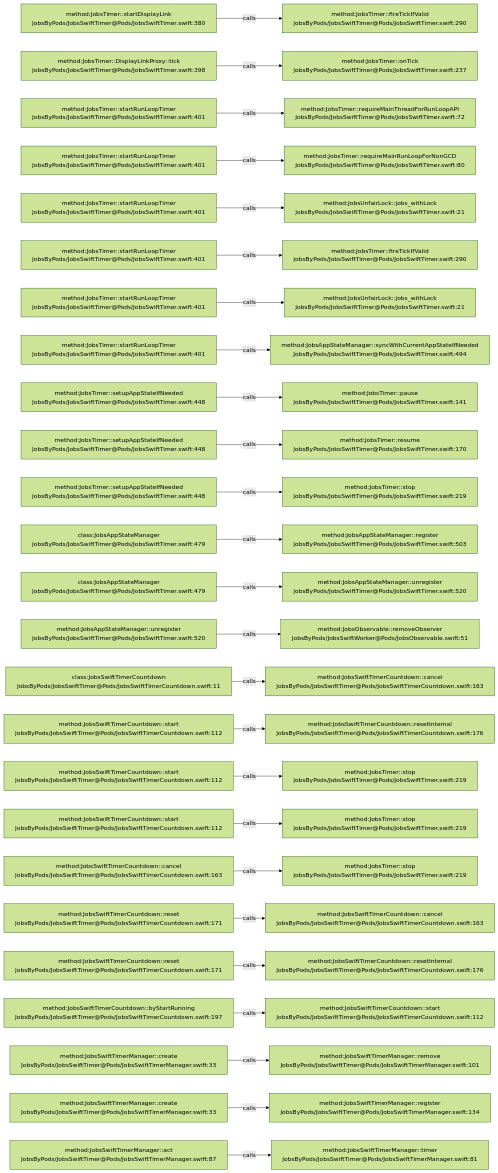
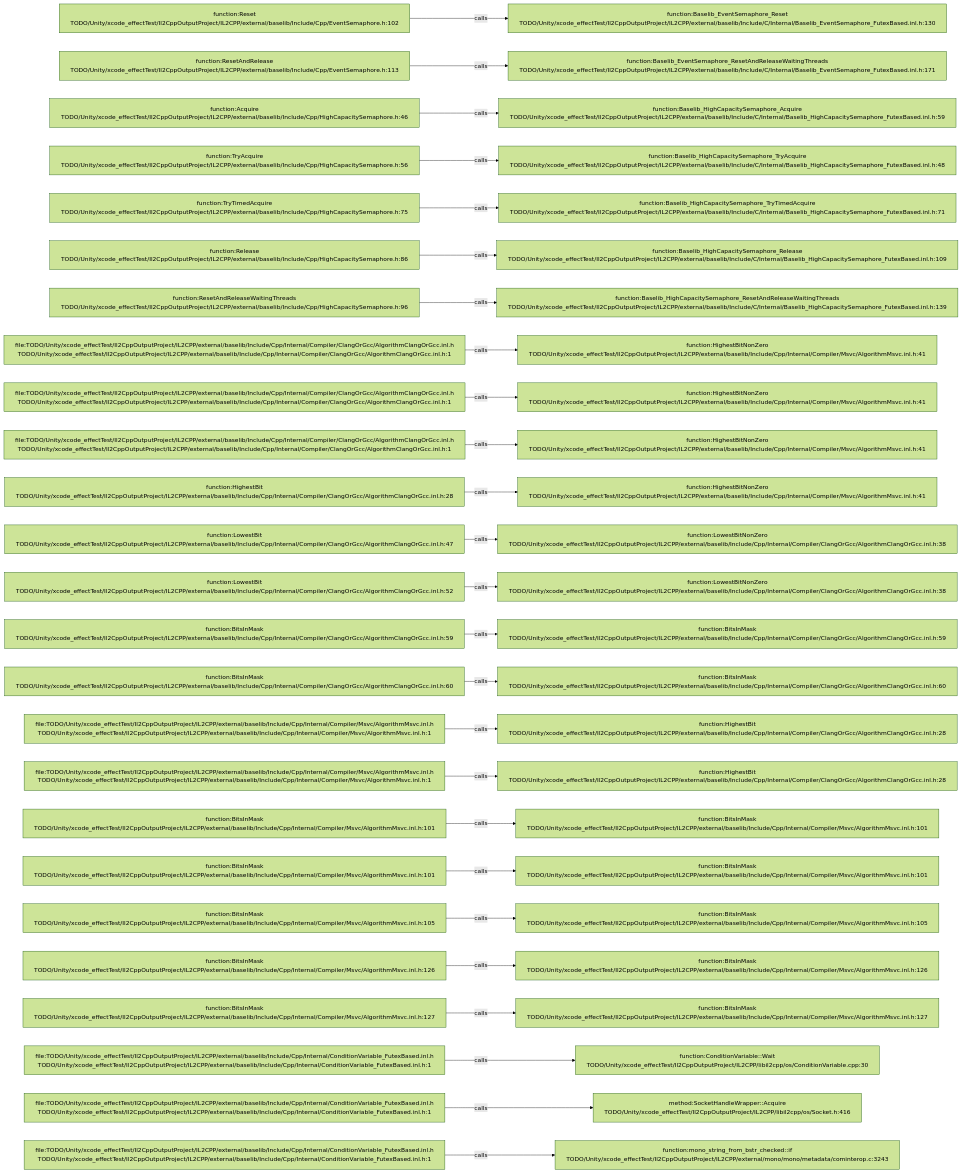
Before and after one commit to JobsKits/JobsSwiftBaseConfigDemo: the diagram in .codegraph/codegraph.md/graphs/calls-061.md, drawn with Mermaid (forest theme). The commit also changed 227 other files, not shown here.

````diff
--- a/.codegraph/codegraph.md/graphs/calls-061.md
+++ b/.codegraph/codegraph.md/graphs/calls-061.md
@@ -13,78 +13,78 @@
 ```mermaid
 flowchart LR
-  S1["method:JobsTimer::startDisplayLink<br/>JobsByPods/JobsSwiftTimer@Pods/JobsSwiftTimer.swift:380"]
-  T1["method:JobsTimer::fireTickIfValid<br/>JobsByPods/JobsSwiftTimer@Pods/JobsSwiftTimer.swift:290"]
+  S1["function:Reset<br/>TODO/Unity/xcode_effectTest/Il2CppOutputProject/IL2CPP/external/baselib/Include/Cpp/EventSemaphore.h:102"]
+  T1["function:Baselib_EventSemaphore_Reset<br/>TODO/Unity/xcode_effectTest/Il2CppOutputProject/IL2CPP/external/baselib/Include/C/Internal/Baselib_EventSemaphore_FutexBased.inl.h:130"]
   S1 -->|calls| T1
-  S2["method:JobsTimer::DisplayLinkProxy::tick<br/>JobsByPods/JobsSwiftTimer@Pods/JobsSwiftTimer.swift:398"]
-  T2["method:JobsTimer::onTick<br/>JobsByPods/JobsSwiftTimer@Pods/JobsSwiftTimer.swift:237"]
+  S2["function:ResetAndRelease<br/>TODO/Unity/xcode_effectTest/Il2CppOutputProject/IL2CPP/external/baselib/Include/Cpp/EventSemaphore.h:113"]
+  T2["function:Baselib_EventSemaphore_ResetAndReleaseWaitingThreads<br/>TODO/Unity/xcode_effectTest/Il2CppOutputProject/IL2CPP/external/baselib/Include/C/Internal/Baselib_EventSemaphore_FutexBased.inl.h:171"]
   S2 -->|calls| T2
-  S3["method:JobsTimer::startRunLoopTimer<br/>JobsByPods/JobsSwiftTimer@Pods/JobsSwiftTimer.swift:401"]
-  T3["method:JobsTimer::requireMainThreadForRunLoopAPI<br/>JobsByPods/JobsSwiftTimer@Pods/JobsSwiftTimer.swift:72"]
+  S3["function:Acquire<br/>TODO/Unity/xcode_effectTest/Il2CppOutputProject/IL2CPP/external/baselib/Include/Cpp/HighCapacitySemaphore.h:46"]
+  T3["function:Baselib_HighCapacitySemaphore_Acquire<br/>TODO/Unity/xcode_effectTest/Il2CppOutputProject/IL2CPP/external/baselib/Include/C/Internal/Baselib_HighCapacitySemaphore_FutexBased.inl.h:59"]
   S3 -->|calls| T3
-  S4["method:JobsTimer::startRunLoopTimer<br/>JobsByPods/JobsSwiftTimer@Pods/JobsSwiftTimer.swift:401"]
-  T4["method:JobsTimer::requireMainRunLoopForNonGCD<br/>JobsByPods/JobsSwiftTimer@Pods/JobsSwiftTimer.swift:80"]
+  S4["function:TryAcquire<br/>TODO/Unity/xcode_effectTest/Il2CppOutputProject/IL2CPP/external/baselib/Include/Cpp/HighCapacitySemaphore.h:56"]
+  T4["function:Baselib_HighCapacitySemaphore_TryAcquire<br/>TODO/Unity/xcode_effectTest/Il2CppOutputProject/IL2CPP/external/baselib/Include/C/Internal/Baselib_HighCapacitySemaphore_FutexBased.inl.h:48"]
   S4 -->|calls| T4
-  S5["method:JobsTimer::startRunLoopTimer<br/>JobsByPods/JobsSwiftTimer@Pods/JobsSwiftTimer.swift:401"]
-  T5["method:JobsUnfairLock::jobs_withLock<br/>JobsByPods/JobsSwiftTimer@Pods/JobsSwiftTimer.swift:21"]
+  S5["function:TryTimedAcquire<br/>TODO/Unity/xcode_effectTest/Il2CppOutputProject/IL2CPP/external/baselib/Include/Cpp/HighCapacitySemaphore.h:75"]
+  T5["function:Baselib_HighCapacitySemaphore_TryTimedAcquire<br/>TODO/Unity/xcode_effectTest/Il2CppOutputProject/IL2CPP/external/baselib/Include/C/Internal/Baselib_HighCapacitySemaphore_FutexBased.inl.h:71"]
   S5 -->|calls| T5
-  S6["method:JobsTimer::startRunLoopTimer<br/>JobsByPods/JobsSwiftTimer@Pods/JobsSwiftTimer.swift:401"]
-  T6["method:JobsTimer::fireTickIfValid<br/>JobsByPods/JobsSwiftTimer@Pods/JobsSwiftTimer.swift:290"]
+  S6["function:Release<br/>TODO/Unity/xcode_effectTest/Il2CppOutputProject/IL2CPP/external/baselib/Include/Cpp/HighCapacitySemaphore.h:86"]
+  T6["function:Baselib_HighCapacitySemaphore_Release<br/>TODO/Unity/xcode_effectTest/Il2CppOutputProject/IL2CPP/external/baselib/Include/C/Internal/Baselib_HighCapacitySemaphore_FutexBased.inl.h:109"]
   S6 -->|calls| T6
-  S7["method:JobsTimer::startRunLoopTimer<br/>JobsByPods/JobsSwiftTimer@Pods/JobsSwiftTimer.swift:401"]
-  T7["method:JobsUnfairLock::jobs_withLock<br/>JobsByPods/JobsSwiftTimer@Pods/JobsSwiftTimer.swift:21"]
+  S7["function:ResetAndReleaseWaitingThreads<br/>TODO/Unity/xcode_effectTest/Il2CppOutputProject/IL2CPP/external/baselib/Include/Cpp/HighCapacitySemaphore.h:96"]
+  T7["function:Baselib_HighCapacitySemaphore_ResetAndReleaseWaitingThreads<br/>TODO/Unity/xcode_effectTest/Il2CppOutputProject/IL2CPP/external/baselib/Include/C/Internal/Baselib_HighCapacitySemaphore_FutexBased.inl.h:139"]
   S7 -->|calls| T7
-  S8["method:JobsTimer::startRunLoopTimer<br/>JobsByPods/JobsSwiftTimer@Pods/JobsSwiftTimer.swift:401"]
-  T8["method:JobsAppStateManager::syncWithCurrentAppStateIfNeeded<br/>JobsByPods/JobsSwiftTimer@Pods/JobsSwiftTimer.swift:494"]
+  S8["file:TODO/Unity/xcode_effectTest/Il2CppOutputProject/IL2CPP/external/baselib/Include/Cpp/Internal/Compiler/ClangOrGcc/AlgorithmClangOrGcc.inl.h<br/>TODO/Unity/xcode_effectTest/Il2CppOutputProject/IL2CPP/external/baselib/Include/Cpp/Internal/Compiler/ClangOrGcc/AlgorithmClangOrGcc.inl.h:1"]
+  T8["function:HighestBitNonZero<br/>TODO/Unity/xcode_effectTest/Il2CppOutputProject/IL2CPP/external/baselib/Include/Cpp/Internal/Compiler/Msvc/AlgorithmMsvc.inl.h:41"]
   S8 -->|calls| T8
-  S9["method:JobsTimer::setupAppStateIfNeeded<br/>JobsByPods/JobsSwiftTimer@Pods/JobsSwiftTimer.swift:448"]
-  T9["method:JobsTimer::pause<br/>JobsByPods/JobsSwiftTimer@Pods/JobsSwiftTimer.swift:141"]
+  S9["file:TODO/Unity/xcode_effectTest/Il2CppOutputProject/IL2CPP/external/baselib/Include/Cpp/Internal/Compiler/ClangOrGcc/AlgorithmClangOrGcc.inl.h<br/>TODO/Unity/xcode_effectTest/Il2CppOutputProject/IL2CPP/external/baselib/Include/Cpp/Internal/Compiler/ClangOrGcc/AlgorithmClangOrGcc.inl.h:1"]
+  T9["function:HighestBitNonZero<br/>TODO/Unity/xcode_effectTest/Il2CppOutputProject/IL2CPP/external/baselib/Include/Cpp/Internal/Compiler/Msvc/AlgorithmMsvc.inl.h:41"]
   S9 -->|calls| T9
-  S10["method:JobsTimer::setupAppStateIfNeeded<br/>JobsByPods/JobsSwiftTimer@Pods/JobsSwiftTimer.swift:448"]
-  T10["method:JobsTimer::resume<br/>JobsByPods/JobsSwiftTimer@Pods/JobsSwiftTimer.swift:170"]
+  S10["file:TODO/Unity/xcode_effectTest/Il2CppOutputProject/IL2CPP/external/baselib/Include/Cpp/Internal/Compiler/ClangOrGcc/AlgorithmClangOrGcc.inl.h<br/>TODO/Unity/xcode_effectTest/Il2CppOutputProject/IL2CPP/external/baselib/Include/Cpp/Internal/Compiler/ClangOrGcc/AlgorithmClangOrGcc.inl.h:1"]
+  T10["function:HighestBitNonZero<br/>TODO/Unity/xcode_effectTest/Il2CppOutputProject/IL2CPP/external/baselib/Include/Cpp/Internal/Compiler/Msvc/AlgorithmMsvc.inl.h:41"]
   S10 -->|calls| T10
-  S11["method:JobsTimer::setupAppStateIfNeeded<br/>JobsByPods/JobsSwiftTimer@Pods/JobsSwiftTimer.swift:448"]
-  T11["method:JobsTimer::stop<br/>JobsByPods/JobsSwiftTimer@Pods/JobsSwiftTimer.swift:219"]
+  S11["function:HighestBit<br/>TODO/Unity/xcode_effectTest/Il2CppOutputProject/IL2CPP/external/baselib/Include/Cpp/Internal/Compiler/ClangOrGcc/AlgorithmClangOrGcc.inl.h:28"]
+  T11["function:HighestBitNonZero<br/>TODO/Unity/xcode_effectTest/Il2CppOutputProject/IL2CPP/external/baselib/Include/Cpp/Internal/Compiler/Msvc/AlgorithmMsvc.inl.h:41"]
   S11 -->|calls| T11
-  S12["class:JobsAppStateManager<br/>JobsByPods/JobsSwiftTimer@Pods/JobsSwiftTimer.swift:479"]
-  T12["method:JobsAppStateManager::register<br/>JobsByPods/JobsSwiftTimer@Pods/JobsSwiftTimer.swift:503"]
+  S12["function:LowestBit<br/>TODO/Unity/xcode_effectTest/Il2CppOutputProject/IL2CPP/external/baselib/Include/Cpp/Internal/Compiler/ClangOrGcc/AlgorithmClangOrGcc.inl.h:47"]
+  T12["function:LowestBitNonZero<br/>TODO/Unity/xcode_effectTest/Il2CppOutputProject/IL2CPP/external/baselib/Include/Cpp/Internal/Compiler/ClangOrGcc/AlgorithmClangOrGcc.inl.h:38"]
   S12 -->|calls| T12
-  S13["class:JobsAppStateManager<br/>JobsByPods/JobsSwiftTimer@Pods/JobsSwiftTimer.swift:479"]
-  T13["method:JobsAppStateManager::unregister<br/>JobsByPods/JobsSwiftTimer@Pods/JobsSwiftTimer.swift:520"]
+  S13["function:LowestBit<br/>TODO/Unity/xcode_effectTest/Il2CppOutputProject/IL2CPP/external/baselib/Include/Cpp/Internal/Compiler/ClangOrGcc/AlgorithmClangOrGcc.inl.h:52"]
+  T13["function:LowestBitNonZero<br/>TODO/Unity/xcode_effectTest/Il2CppOutputProject/IL2CPP/external/baselib/Include/Cpp/Internal/Compiler/ClangOrGcc/AlgorithmClangOrGcc.inl.h:38"]
   S13 -->|calls| T13
-  S14["method:JobsAppStateManager::unregister<br/>JobsByPods/JobsSwiftTimer@Pods/JobsSwiftTimer.swift:520"]
-  T14["method:JobsObservable::removeObserver<br/>JobsByPods/JobsSwiftWorker@Pods/JobsObservable.swift:51"]
+  S14["function:BitsInMask<br/>TODO/Unity/xcode_effectTest/Il2CppOutputProject/IL2CPP/external/baselib/Include/Cpp/Internal/Compiler/ClangOrGcc/AlgorithmClangOrGcc.inl.h:59"]
+  T14["function:BitsInMask<br/>TODO/Unity/xcode_effectTest/Il2CppOutputProject/IL2CPP/external/baselib/Include/Cpp/Internal/Compiler/ClangOrGcc/AlgorithmClangOrGcc.inl.h:59"]
   S14 -->|calls| T14
-  S15["class:JobsSwiftTimerCountdown<br/>JobsByPods/JobsSwiftTimer@Pods/JobsSwiftTimerCountdown.swift:11"]
-  T15["method:JobsSwiftTimerCountdown::cancel<br/>JobsByPods/JobsSwiftTimer@Pods/JobsSwiftTimerCountdown.swift:163"]
+  S15["function:BitsInMask<br/>TODO/Unity/xcode_effectTest/Il2CppOutputProject/IL2CPP/external/baselib/Include/Cpp/Internal/Compiler/ClangOrGcc/AlgorithmClangOrGcc.inl.h:60"]
+  T15["function:BitsInMask<br/>TODO/Unity/xcode_effectTest/Il2CppOutputProject/IL2CPP/external/baselib/Include/Cpp/Internal/Compiler/ClangOrGcc/AlgorithmClangOrGcc.inl.h:60"]
   S15 -->|calls| T15
-  S16["method:JobsSwiftTimerCountdown::start<br/>JobsByPods/JobsSwiftTimer@Pods/JobsSwiftTimerCountdown.swift:112"]
-  T16["method:JobsSwiftTimerCountdown::resetInternal<br/>JobsByPods/JobsSwiftTimer@Pods/JobsSwiftTimerCountdown.swift:176"]
+  S16["file:TODO/Unity/xcode_effectTest/Il2CppOutputProject/IL2CPP/external/baselib/Include/Cpp/Internal/Compiler/Msvc/AlgorithmMsvc.inl.h<br/>TODO/Unity/xcode_effectTest/Il2CppOutputProject/IL2CPP/external/baselib/Include/Cpp/Internal/Compiler/Msvc/AlgorithmMsvc.inl.h:1"]
+  T16["function:HighestBit<br/>TODO/Unity/xcode_effectTest/Il2CppOutputProject/IL2CPP/external/baselib/Include/Cpp/Internal/Compiler/ClangOrGcc/AlgorithmClangOrGcc.inl.h:28"]
   S16 -->|calls| T16
-  S17["method:JobsSwiftTimerCountdown::start<br/>JobsByPods/JobsSwiftTimer@Pods/JobsSwiftTimerCountdown.swift:112"]
-  T17["method:JobsTimer::stop<br/>JobsByPods/JobsSwiftTimer@Pods/JobsSwiftTimer.swift:219"]
+  S17["file:TODO/Unity/xcode_effectTest/Il2CppOutputProject/IL2CPP/external/baselib/Include/Cpp/Internal/Compiler/Msvc/AlgorithmMsvc.inl.h<br/>TODO/Unity/xcode_effectTest/Il2CppOutputProject/IL2CPP/external/baselib/Include/Cpp/Internal/Compiler/Msvc/AlgorithmMsvc.inl.h:1"]
+  T17["function:HighestBit<br/>TODO/Unity/xcode_effectTest/Il2CppOutputProject/IL2CPP/external/baselib/Include/Cpp/Internal/Compiler/ClangOrGcc/AlgorithmClangOrGcc.inl.h:28"]
   S17 -->|calls| T17
-  S18["method:JobsSwiftTimerCountdown::start<br/>JobsByPods/JobsSwiftTimer@Pods/JobsSwiftTimerCountdown.swift:112"]
-  T18["method:JobsTimer::stop<br/>JobsByPods/JobsSwiftTimer@Pods/JobsSwiftTimer.swift:219"]
+  S18["function:BitsInMask<br/>TODO/Unity/xcode_effectTest/Il2CppOutputProject/IL2CPP/external/baselib/Include/Cpp/Internal/Compiler/Msvc/AlgorithmMsvc.inl.h:101"]
+  T18["function:BitsInMask<br/>TODO/Unity/xcode_effectTest/Il2CppOutputProject/IL2CPP/external/baselib/Include/Cpp/Internal/Compiler/Msvc/AlgorithmMsvc.inl.h:101"]
   S18 -->|calls| T18
-  S19["method:JobsSwiftTimerCountdown::cancel<br/>JobsByPods/JobsSwiftTimer@Pods/JobsSwiftTimerCountdown.swift:163"]
-  T19["method:JobsTimer::stop<br/>JobsByPods/JobsSwiftTimer@Pods/JobsSwiftTimer.swift:219"]
+  S19["function:BitsInMask<br/>TODO/Unity/xcode_effectTest/Il2CppOutputProject/IL2CPP/external/baselib/Include/Cpp/Internal/Compiler/Msvc/AlgorithmMsvc.inl.h:101"]
+  T19["function:BitsInMask<br/>TODO/Unity/xcode_effectTest/Il2CppOutputProject/IL2CPP/external/baselib/Include/Cpp/Internal/Compiler/Msvc/AlgorithmMsvc.inl.h:101"]
   S19 -->|calls| T19
-  S20["method:JobsSwiftTimerCountdown::reset<br/>JobsByPods/JobsSwiftTimer@Pods/JobsSwiftTimerCountdown.swift:171"]
-  T20["method:JobsSwiftTimerCountdown::cancel<br/>JobsByPods/JobsSwiftTimer@Pods/JobsSwiftTimerCountdown.swift:163"]
+  S20["function:BitsInMask<br/>TODO/Unity/xcode_effectTest/Il2CppOutputProject/IL2CPP/external/baselib/Include/Cpp/Internal/Compiler/Msvc/AlgorithmMsvc.inl.h:105"]
+  T20["function:BitsInMask<br/>TODO/Unity/xcode_effectTest/Il2CppOutputProject/IL2CPP/external/baselib/Include/Cpp/Internal/Compiler/Msvc/AlgorithmMsvc.inl.h:105"]
   S20 -->|calls| T20
-  S21["method:JobsSwiftTimerCountdown::reset<br/>JobsByPods/JobsSwiftTimer@Pods/JobsSwiftTimerCountdown.swift:171"]
-  T21["method:JobsSwiftTimerCountdown::resetInternal<br/>JobsByPods/JobsSwiftTimer@Pods/JobsSwiftTimerCountdown.swift:176"]
+  S21["function:BitsInMask<br/>TODO/Unity/xcode_effectTest/Il2CppOutputProject/IL2CPP/external/baselib/Include/Cpp/Internal/Compiler/Msvc/AlgorithmMsvc.inl.h:126"]
+  T21["function:BitsInMask<br/>TODO/Unity/xcode_effectTest/Il2CppOutputProject/IL2CPP/external/baselib/Include/Cpp/Internal/Compiler/Msvc/AlgorithmMsvc.inl.h:126"]
   S21 -->|calls| T21
-  S22["method:JobsSwiftTimerCountdown::byStartRunning<br/>JobsByPods/JobsSwiftTimer@Pods/JobsSwiftTimerCountdown.swift:197"]
-  T22["method:JobsSwiftTimerCountdown::start<br/>JobsByPods/JobsSwiftTimer@Pods/JobsSwiftTimerCountdown.swift:112"]
+  S22["function:BitsInMask<br/>TODO/Unity/xcode_effectTest/Il2CppOutputProject/IL2CPP/external/baselib/Include/Cpp/Internal/Compiler/Msvc/AlgorithmMsvc.inl.h:127"]
+  T22["function:BitsInMask<br/>TODO/Unity/xcode_effectTest/Il2CppOutputProject/IL2CPP/external/baselib/Include/Cpp/Internal/Compiler/Msvc/AlgorithmMsvc.inl.h:127"]
   S22 -->|calls| T22
-  S23["method:JobsSwiftTimerManager::create<br/>JobsByPods/JobsSwiftTimer@Pods/JobsSwiftTimerManager.swift:33"]
-  T23["method:JobsSwiftTimerManager::remove<br/>JobsByPods/JobsSwiftTimer@Pods/JobsSwiftTimerManager.swift:101"]
+  S23["file:TODO/Unity/xcode_effectTest/Il2CppOutputProject/IL2CPP/external/baselib/Include/Cpp/Internal/ConditionVariable_FutexBased.inl.h<br/>TODO/Unity/xcode_effectTest/Il2CppOutputProject/IL2CPP/external/baselib/Include/Cpp/Internal/ConditionVariable_FutexBased.inl.h:1"]
+  T23["function:ConditionVariable::Wait<br/>TODO/Unity/xcode_effectTest/Il2CppOutputProject/IL2CPP/libil2cpp/os/ConditionVariable.cpp:30"]
   S23 -->|calls| T23
-  S24["method:JobsSwiftTimerManager::create<br/>JobsByPods/JobsSwiftTimer@Pods/JobsSwiftTimerManager.swift:33"]
-  T24["method:JobsSwiftTimerManager::register<br/>JobsByPods/JobsSwiftTimer@Pods/JobsSwiftTimerManager.swift:134"]
+  S24["file:TODO/Unity/xcode_effectTest/Il2CppOutputProject/IL2CPP/external/baselib/Include/Cpp/Internal/ConditionVariable_FutexBased.inl.h<br/>TODO/Unity/xcode_effectTest/Il2CppOutputProject/IL2CPP/external/baselib/Include/Cpp/Internal/ConditionVariable_FutexBased.inl.h:1"]
+  T24["method:SocketHandleWrapper::Acquire<br/>TODO/Unity/xcode_effectTest/Il2CppOutputProject/IL2CPP/libil2cpp/os/Socket.h:416"]
   S24 -->|calls| T24
-  S25["method:JobsSwiftTimerManager::act<br/>JobsByPods/JobsSwiftTimer@Pods/JobsSwiftTimerManager.swift:87"]
-  T25["method:JobsSwiftTimerManager::timer<br/>JobsByPods/JobsSwiftTimer@Pods/JobsSwiftTimerManager.swift:81"]
+  S25["file:TODO/Unity/xcode_effectTest/Il2CppOutputProject/IL2CPP/external/baselib/Include/Cpp/Internal/ConditionVariable_FutexBased.inl.h<br/>TODO/Unity/xcode_effectTest/Il2CppOutputProject/IL2CPP/external/baselib/Include/Cpp/Internal/ConditionVariable_FutexBased.inl.h:1"]
+  T25["function:mono_string_from_bstr_checked::if<br/>TODO/Unity/xcode_effectTest/Il2CppOutputProject/IL2CPP/external/mono/mono/metadata/cominterop.c:3243"]
   S25 -->|calls| T25
 ```
````
